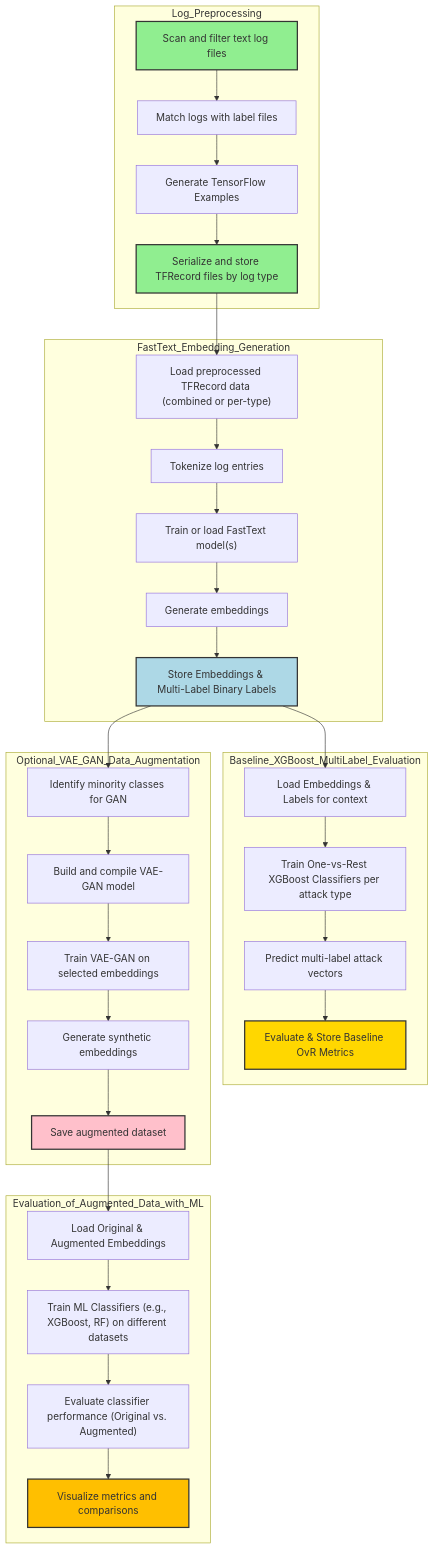
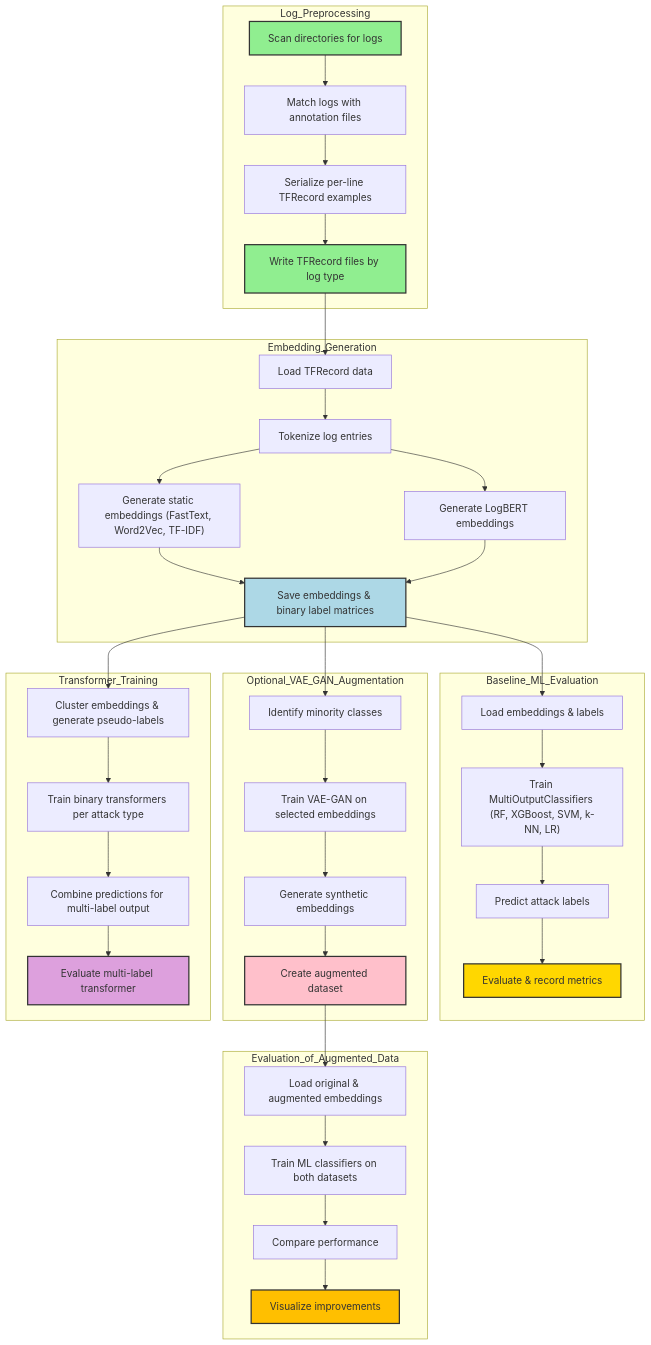
Before and after one commit to 365cent/LBAD: the diagram in Readme.md, drawn with Mermaid.

Commit message:
docs: Update flowchart in Readme.md to reflect changes in log preprocessing and embedding generation processes; enhance clarity by renaming subgraphs and adjusting steps for better understanding of the pipeline

````diff
--- a/Readme.md
+++ b/Readme.md
@@ -16,46 +16,54 @@
 ```mermaid
 flowchart TD
     subgraph Log_Preprocessing
-        A["Scan and filter text log files"] --> B["Match logs with label files"]
-        B --> C["Generate TensorFlow Examples"]
-        C --> D["Serialize and store TFRecord files by log type"]
+        A["Scan directories for logs"] --> B["Match logs with annotation files"]
+        B --> C["Serialize per-line TFRecord examples"]
+        C --> D["Write TFRecord files by log type"]
     end
 
-    subgraph FastText_Embedding_Generation
-        D --> E["Load preprocessed TFRecord data (combined or per-type)"]
-        E --> F["Tokenize log entries"]
-        F --> G["Train or load FastText model(s)"]
-        G --> H["Generate embeddings"]
-        H --> I["Store Embeddings & Multi-Label Binary Labels"]
+    subgraph Embedding_Generation
+        D --> E1["Load TFRecord data"]
+        E1 --> F1["Tokenize log entries"]
+        F1 --> G1["Generate static embeddings (FastText, Word2Vec, TF-IDF)"]
+        F1 --> G2["Generate LogBERT embeddings"]
+        G1 --> H1["Save embeddings & binary label matrices"]
+        G2 --> H1
     end
 
-    subgraph Baseline_XGBoost_MultiLabel_Evaluation
-        I --> I_Base1["Load Embeddings & Labels for context"]
-        I_Base1 --> J_Base["Train One-vs-Rest XGBoost Classifiers per attack type"]
-        J_Base --> K_Base["Predict multi-label attack vectors"]
-        K_Base --> L_Base["Evaluate & Store Baseline OvR Metrics"]
+    subgraph Baseline_ML_Evaluation
+        H1 --> I1["Load embeddings & labels"]
+        I1 --> J1["Train MultiOutputClassifiers (RF, XGBoost, SVM, k-NN, LR)"]
+        J1 --> K1["Predict attack labels"]
+        K1 --> L1["Evaluate & record metrics"]
     end
 
-    subgraph Optional_VAE_GAN_Data_Augmentation
-        I --> M_GAN["Identify minority classes for GAN"]
-        M_GAN --> N_GAN["Build and compile VAE-GAN model"]
-        N_GAN --> O_GAN["Train VAE-GAN on selected embeddings"]
-        O_GAN --> P_GAN["Generate synthetic embeddings"]
-        P_GAN --> Q_GAN["Save augmented dataset"]
+    subgraph Optional_VAE_GAN_Augmentation
+        H1 --> M1["Identify minority classes"]
+        M1 --> N1["Train VAE-GAN on selected embeddings"]
+        N1 --> O1["Generate synthetic embeddings"]
+        O1 --> P1["Create augmented dataset"]
     end
 
-    subgraph Evaluation_of_Augmented_Data_with_ML
-        Q_GAN --> R_Eval["Load Original & Augmented Embeddings"]
-        R_Eval --> S_Eval["Train ML Classifiers (e.g., XGBoost, RF) on different datasets"]
-        S_Eval --> T_Eval["Evaluate classifier performance (Original vs. Augmented)"]
-        T_Eval --> U_Eval["Visualize metrics and comparisons"]
+    subgraph Evaluation_of_Augmented_Data
+        P1 --> R1["Load original & augmented embeddings"]
+        R1 --> S1["Train ML classifiers on both datasets"]
+        S1 --> T1["Compare performance"]
+        T1 --> U1["Visualize improvements"]
+    end
+
+    subgraph Transformer_Training
+        H1 --> V1["Cluster embeddings & generate pseudo-labels"]
+        V1 --> W1["Train binary transformers per attack type"]
+        W1 --> X1["Combine predictions for multi-label output"]
+        X1 --> Y1["Evaluate multi-label transformer"]
     end
 
     %% Styling
     style A fill:#90EE90,stroke:#333,stroke-width:2px
     style D fill:#90EE90,stroke:#333,stroke-width:2px
-    style I fill:#ADD8E6,stroke:#333,stroke-width:2px
-    style L_Base fill:#FFD700,stroke:#333,stroke-width:2px
-    style Q_GAN fill:#FFC0CB,stroke:#333,stroke-width:2px
-    style U_Eval fill:#FFBF00,stroke:#333,stroke-width:2px
+    style H1 fill:#ADD8E6,stroke:#333,stroke-width:2px
+    style L1 fill:#FFD700,stroke:#333,stroke-width:2px
+    style P1 fill:#FFC0CB,stroke:#333,stroke-width:2px
+    style U1 fill:#FFBF00,stroke:#333,stroke-width:2px
+    style Y1 fill:#DDA0DD,stroke:#333,stroke-width:2px
 ```
````
